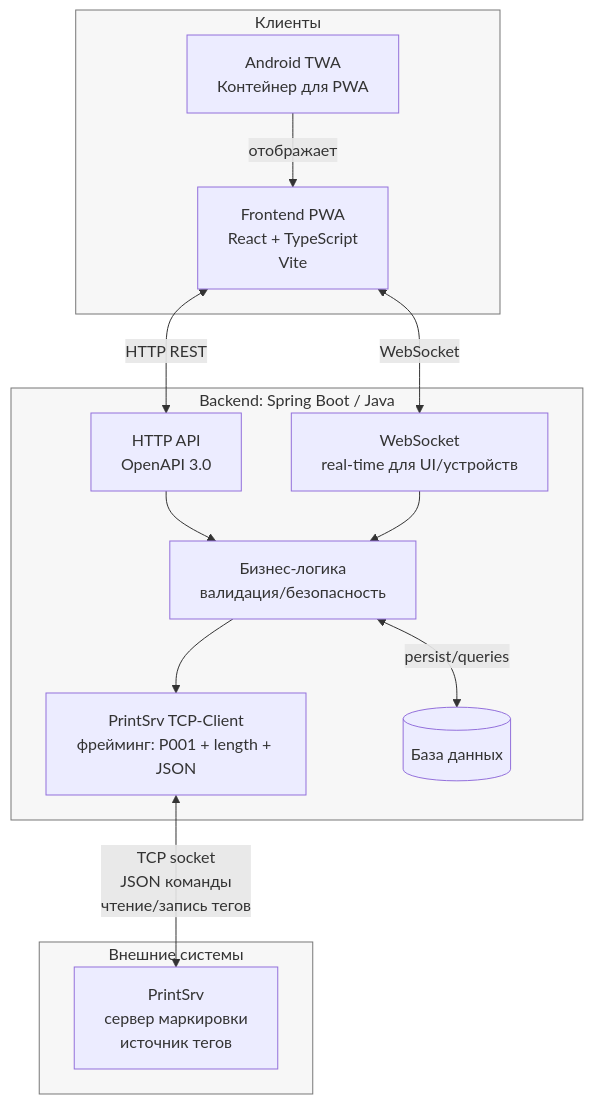
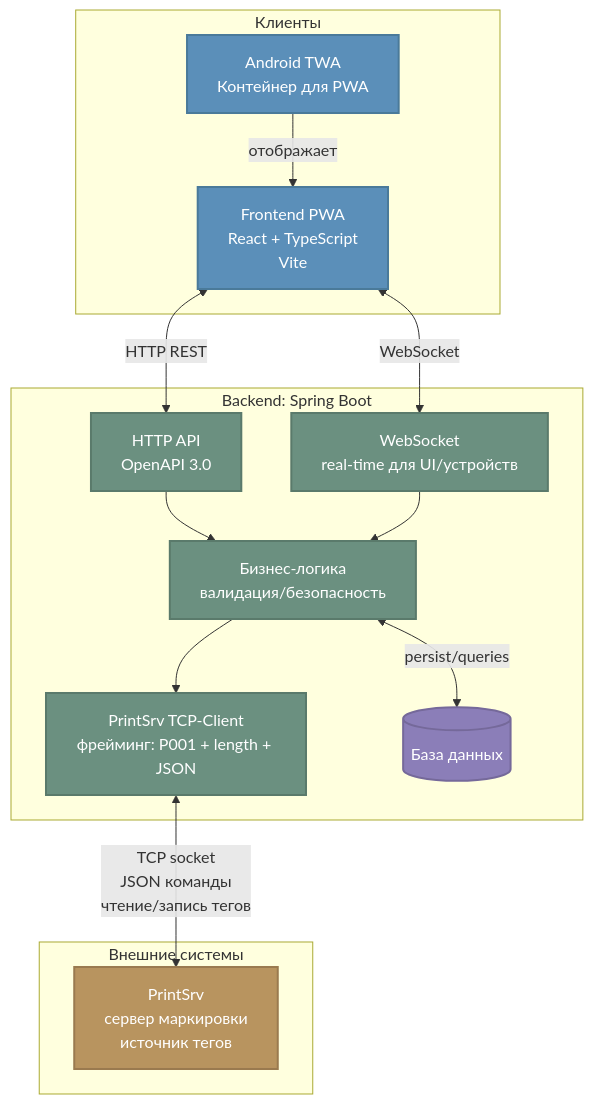
Before and after one commit to savushkin-dev/scada-mobile: the first of 2 diagrams in PROJECT_DIAGRAM.md, drawn with Mermaid. The commit also changed other lines of this file, not shown here.

Commit message:
docs: Обновление диаграммы архитектуры проекта - уточнены схемы и добавлены детали о потоках данных

````diff
--- a/PROJECT_DIAGRAM.md
+++ b/PROJECT_DIAGRAM.md
@@ -12,42 +12,49 @@
 ```mermaid
 flowchart TB
   %% ====== Clients ======
   subgraph Clients[Клиенты]
     WebPWA["Frontend PWA<br/>React + TypeScript<br/>Vite"]
     AndroidTWA["Android TWA<br/>Контейнер для PWA"]
   end
 
   %% ====== Backend ======
-  subgraph Backend["Backend: Spring Boot / Java"]
+  subgraph Backend["Backend: Spring Boot"]
     API["HTTP API<br/>OpenAPI 3.0"]
     WS["WebSocket<br/>real-time для UI/устройств"]
     PrintAdapter["PrintSrv TCP-Client<br/>фрейминг: P001 + length + JSON"]
     Domain["Бизнес-логика<br/>валидация/безопасность"]
     DB[("База данных")]
   end
 
   %% ====== External ======
   subgraph External["Внешние системы"]
     PrintSrv["PrintSrv<br/>сервер маркировки<br/>источник тегов"]
   end
 
   %% ====== App composition ======
   AndroidTWA -->|"отображает"| WebPWA
 
   %% ====== API / realtime ======
   WebPWA <-->|"HTTP REST"| API
   WebPWA <-->|"WebSocket"| WS
 
   %% ====== Backend internal ======
   API --> Domain
   WS --> Domain
   Domain <-->|"persist/queries"| DB
   Domain --> PrintAdapter
 
   %% ====== PrintSrv integration ======
   PrintAdapter <-->|"TCP socket<br/>JSON команды<br/>чтение/запись тегов"| PrintSrv
 
-  %% ====== Notes ======
-  classDef boundary fill:#f7f7f7,stroke:#777,stroke-width:1px;
-  class Clients,Backend,External boundary;
+  %% ====== Styling ======
+  classDef clientStyle fill:#5b8fb9,stroke:#4a7a9a,stroke-width:2px,color:#fff
+  classDef backendStyle fill:#6b9080,stroke:#5a7a6b,stroke-width:2px,color:#fff
+  classDef externalStyle fill:#b8945f,stroke:#9a7a4f,stroke-width:2px,color:#fff
+  classDef dbStyle fill:#8b7eb8,stroke:#75699a,stroke-width:2px,color:#fff
+  
+  class WebPWA,AndroidTWA clientStyle
+  class API,WS,PrintAdapter,Domain backendStyle
+  class PrintSrv externalStyle
+  class DB dbStyle
 ```
````
